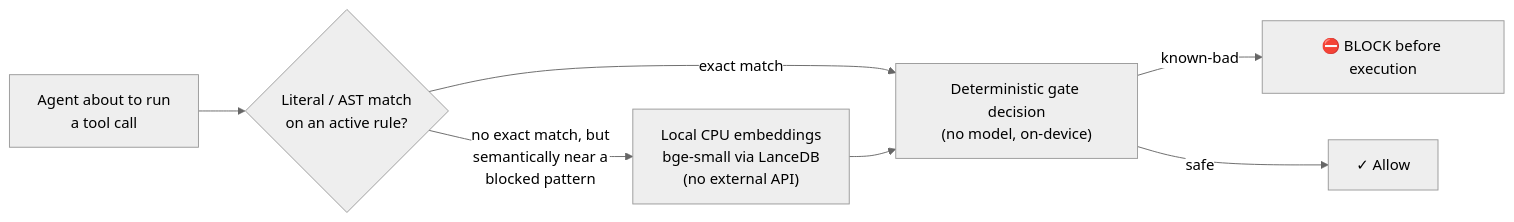
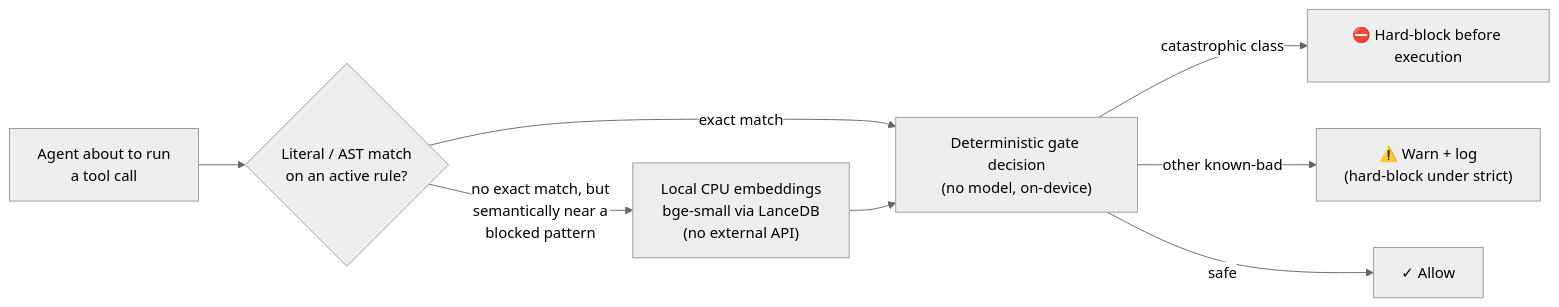
Before and after one commit to IgorGanapolsky/ThumbGate: the diagram in README.md, drawn with Mermaid (neutral theme). The commit also changed other lines of this file and 121 other files, not shown here.

````diff
--- a/README.md
+++ b/README.md
@@ -214,9 +214,10 @@
 ```mermaid
 flowchart LR
     A["Agent about to run<br/>a tool call"] --> B{"Literal / AST match<br/>on an active rule?"}
     B -- "exact match" --> D["Deterministic gate decision<br/>(no model, on-device)"]
     B -- "no exact match, but<br/>semantically near a<br/>blocked pattern" --> C["Local CPU embeddings<br/>bge-small via LanceDB<br/>(no external API)"]
     C --> D
-    D -- "known-bad" --> E["⛔ BLOCK before execution"]
+    D -- "catastrophic class" --> E["⛔ Hard-block before execution"]
+    D -- "other known-bad" --> G["⚠️ Warn + log<br/>(hard-block under strict)"]
     D -- "safe" --> F["✓ Allow"]
 ```
````
